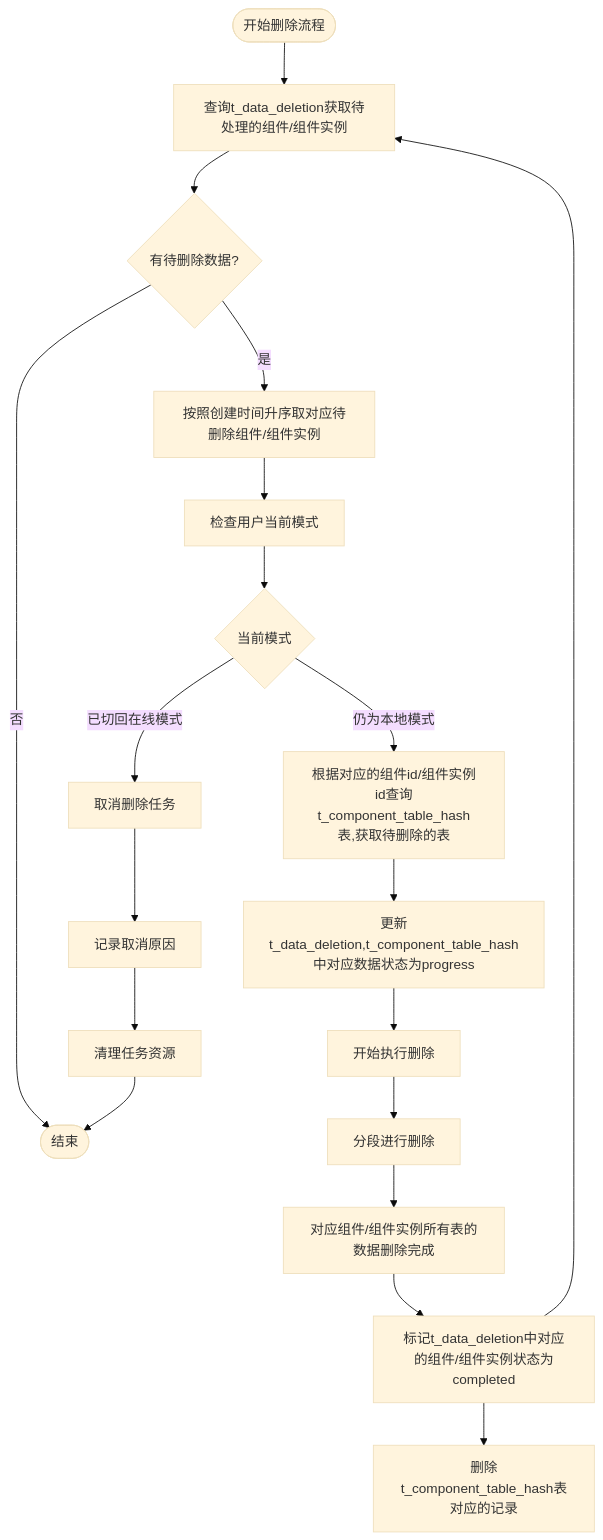
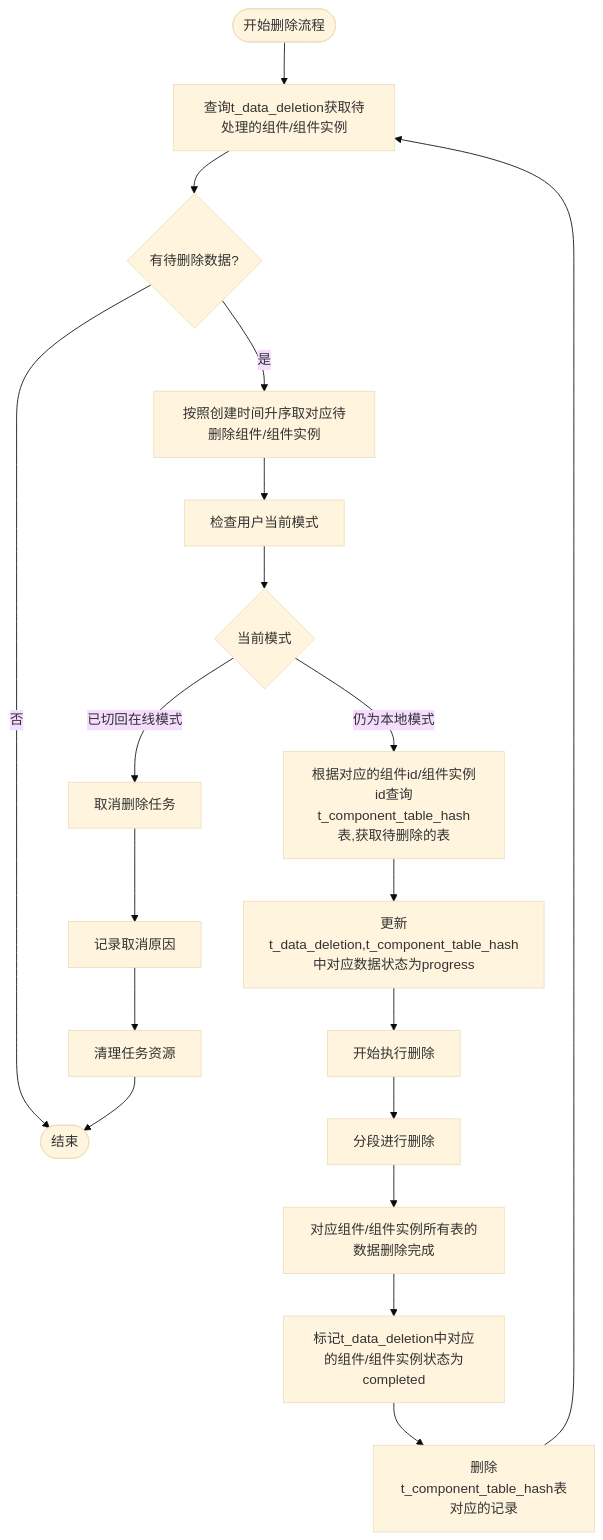
One commit to yingjianzh/iodraw-files changed the diagram in all/未命名-51.md. Above: the diagram before and after it, drawn with Mermaid (base theme).

Commit message:
2025-05-08 15:49:32 update

````diff
--- a/all/未命名-51.md
+++ b/all/未命名-51.md
@@ -1,30 +1,30 @@
 ```mermaid
 flowchart TD
     Start([开始删除流程]) --> FetchTasks[查询t_data_deletion获取待处理的组件/组件实例]
     FetchTasks --> HasTasks{有待删除数据?}
     
     HasTasks -->|否| End([结束])
     HasTasks -->|是| PrioritizeTasks[按照创建时间升序取对应待删除组件/组件实例]
     
     PrioritizeTasks --> CheckUserMode[检查用户当前模式]
     
     CheckUserMode --> CurrentMode{当前模式}
     CurrentMode -->|已切回在线模式| TaskCancel[取消删除任务]
     CurrentMode -->|仍为本地模式| LockTask[根据对应的组件id/组件实例id查询t_component_table_hash表,获取待删除的表]
     
     LockTask --> UpdateStatus[更新t_data_deletion,t_component_table_hash中对应数据状态为progress]
     UpdateStatus --> BeginDeletion[开始执行删除]
     
     BeginDeletion --> A[分段进行删除]
     
     A --> B[对应组件/组件实例所有表的数据删除完成]
     B --> MarkCompleted[标记t_data_deletion中对应的组件/组件实例状态为completed]
     
     MarkCompleted --> MarkHash[删除t_component_table_hash表对应的记录]
     
     TaskCancel --> LogCancellation[记录取消原因]
     LogCancellation --> CleanupTask[清理任务资源]
     
-    MarkCompleted --> FetchTasks
+    MarkHash --> FetchTasks
     CleanupTask --> End
 ```
````
